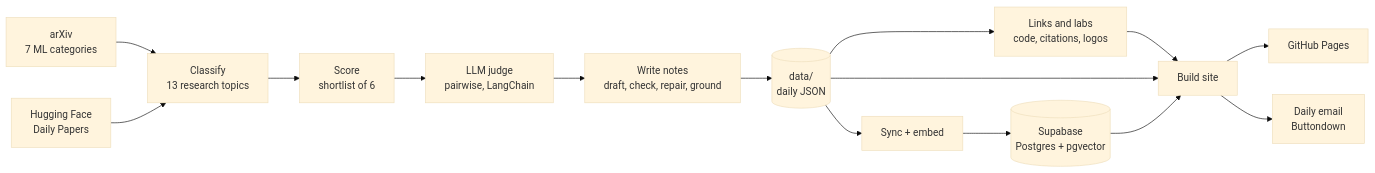
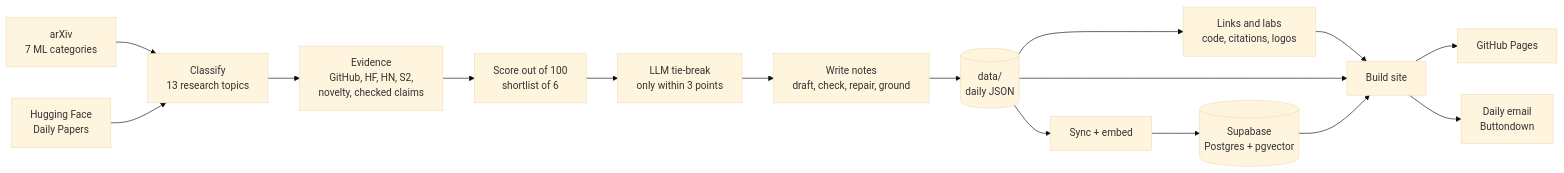
The first of 5 diagrams in README.md (Omen-bit/ai-paper-daily), drawn with Mermaid (base theme) before and after one commit. The commit also changed other lines of this file and 25 other files, not shown here.

````diff
--- a/README.md
+++ b/README.md
@@ -108,17 +108,18 @@
 ```mermaid
 flowchart LR
     A["arXiv<br/>7 ML categories"] --> C["Classify<br/>13 research topics"]
     B["Hugging Face<br/>Daily Papers"] --> C
-    C --> D["Score<br/>shortlist of 6"]
-    D --> J2["LLM judge<br/>pairwise, LangChain"]
+    C --> S["Evidence<br/>GitHub, HF, HN, S2,<br/>novelty, checked claims"]
+    S --> D["Score out of 100<br/>shortlist of 6"]
+    D --> J2["LLM tie-break<br/>only within 3 points"]
     J2 --> E["Write notes<br/>draft, check, repair, ground"]
     E --> F[("data/<br/>daily JSON")]
     F --> L["Links and labs<br/>code, citations, logos"]
     F --> G["Sync + embed"]
     G --> H[("Supabase<br/>Postgres + pgvector")]
     L --> J["Build site"]
     F --> J
     H --> J
     J --> K["GitHub Pages"]
     J --> M["Daily email<br/>Buttondown"]
 ```
````
